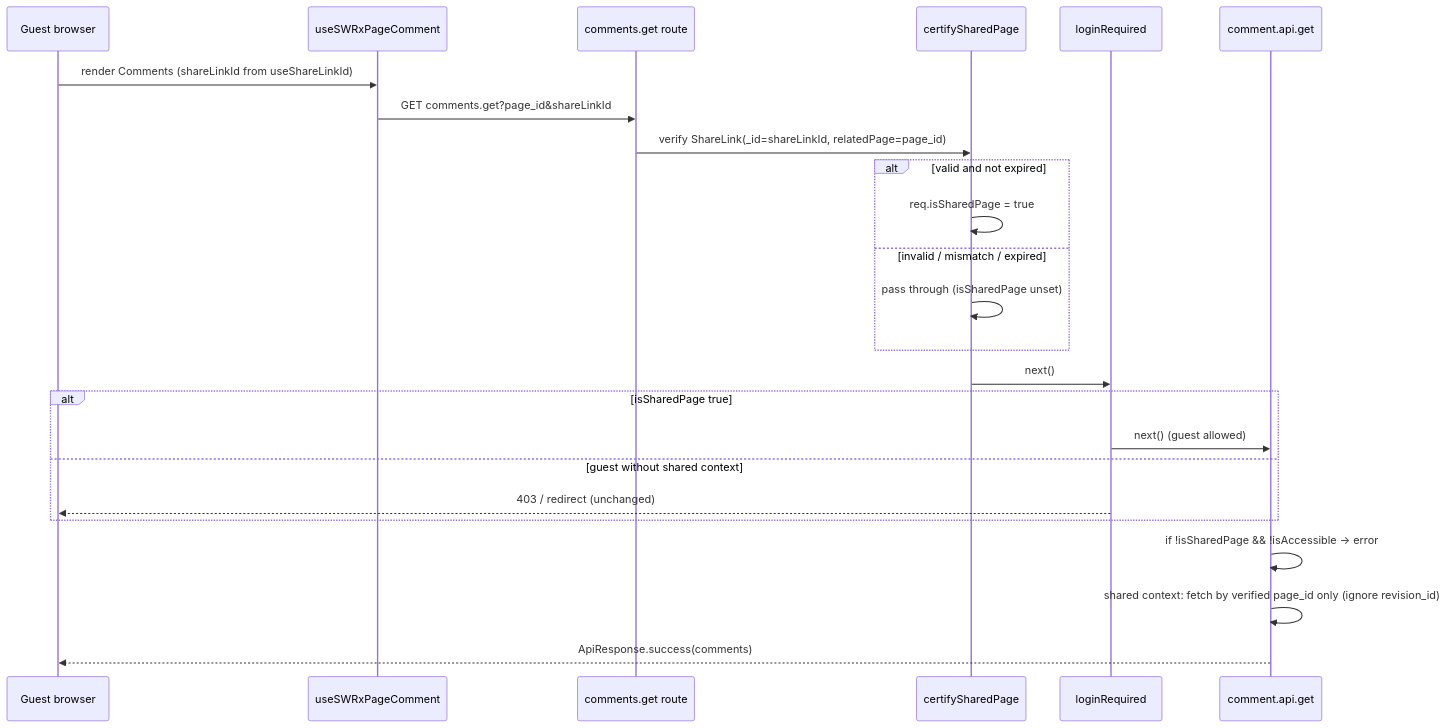
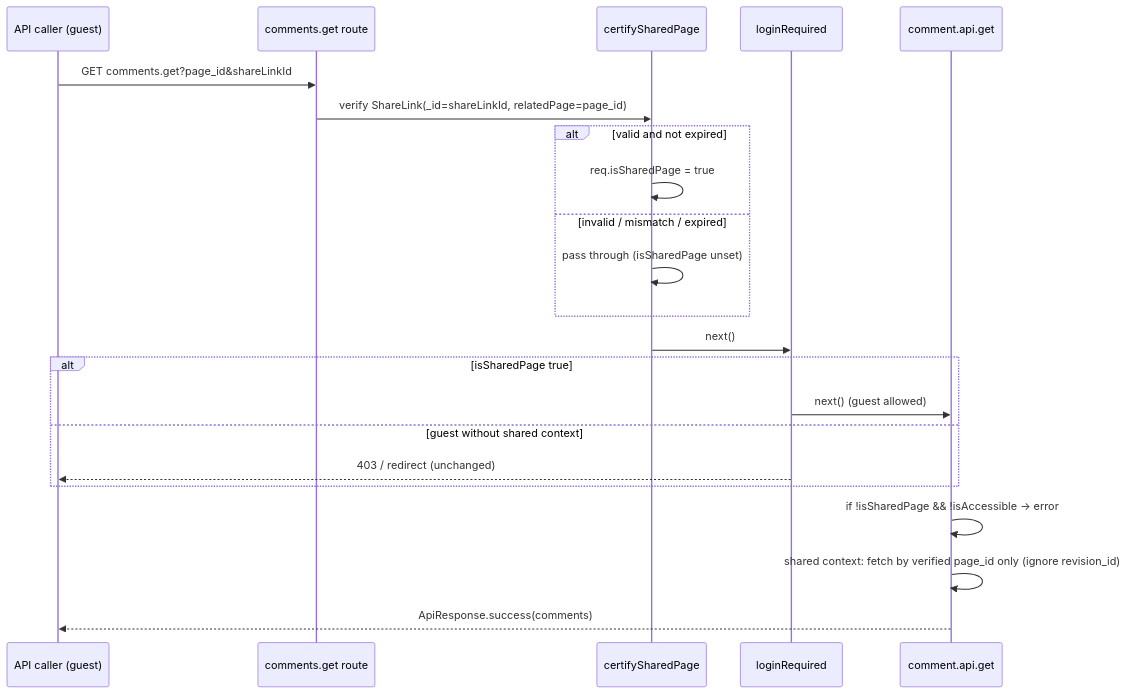
Before and after one commit to growilabs/growi: the second of 2 diagrams in .kiro/specs/share-link-comments/design.md, drawn with Mermaid. The commit also changed other lines of this file and 6 other files, not shown here.

First line of the commit message:
docs(spec): point share-link-comments retrieval contract to the comment spec

````diff
--- a/.kiro/specs/share-link-comments/design.md
+++ b/.kiro/specs/share-link-comments/design.md
@@ -153,26 +163,24 @@
 ```mermaid
 sequenceDiagram
-    participant Guest as Guest browser
-    participant Hook as useSWRxPageComment
+    participant Guest as API caller (guest)
     participant Route as comments.get route
     participant Certify as certifySharedPage
     participant Login as loginRequired
     participant Handler as comment.api.get
-    Guest->>Hook: render Comments (shareLinkId from useShareLinkId)
-    Hook->>Route: GET comments.get?page_id&shareLinkId
+    Guest->>Route: GET comments.get?page_id&shareLinkId
     Route->>Certify: verify ShareLink(_id=shareLinkId, relatedPage=page_id)
     alt valid and not expired
         Certify->>Certify: req.isSharedPage = true
     else invalid / mismatch / expired
         Certify->>Certify: pass through (isSharedPage unset)
     end
     Certify->>Login: next()
     alt isSharedPage true
         Login->>Handler: next() (guest allowed)
     else guest without shared context
         Login-->>Guest: 403 / redirect (unchanged)
     end
     Handler->>Handler: if !isSharedPage && !isAccessible -> error
     Handler->>Handler: shared context: fetch by verified page_id only (ignore revision_id)
     Handler-->>Guest: ApiResponse.success(comments)
 ```
````
